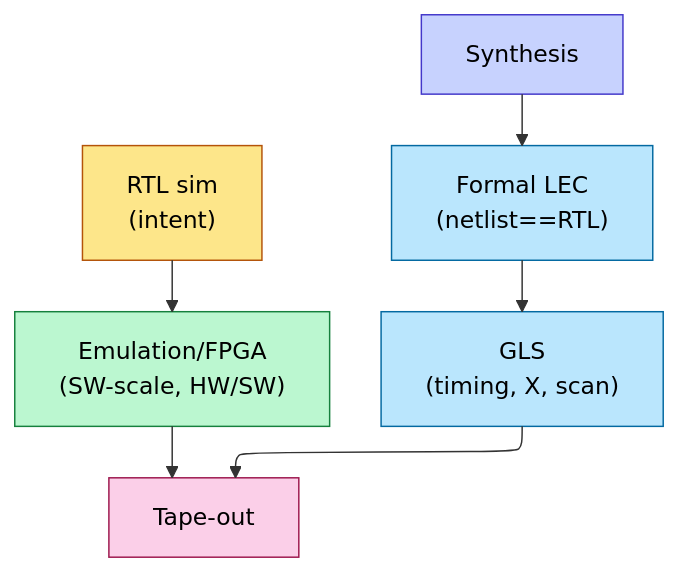
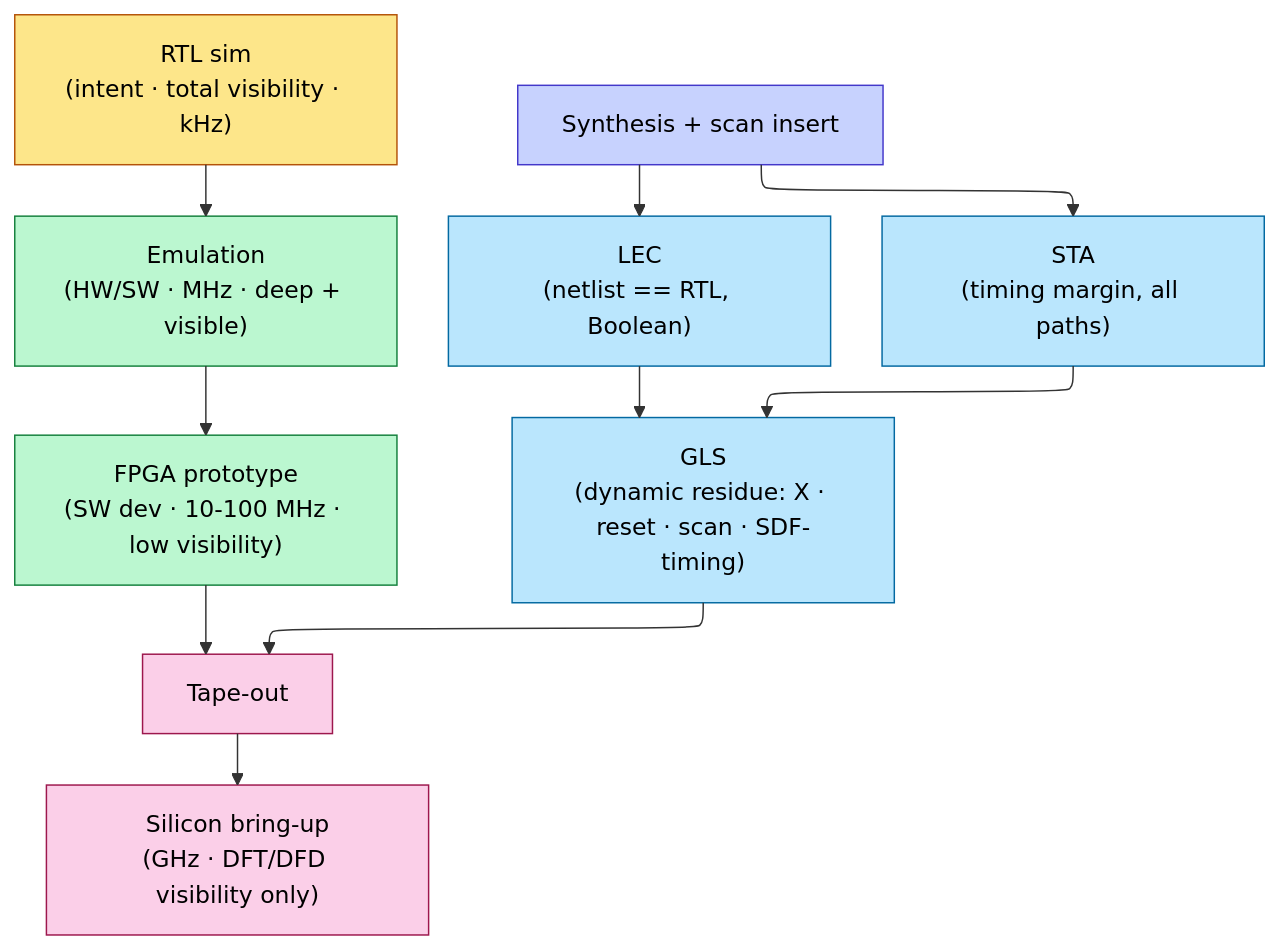
The diagram in 03_Frontend_RTL_and_Verification/13_Gate_Level_Sim_and_Emulation.md (Wty2003328/silicon-design-notebook), drawn with Mermaid before and after one commit. The commit also changed other lines of this file and 22 other files, not shown here.

Commit message:
Concept-first hard rework complete: all 48 architecture/design pages (trimmed signal dumps; added trade-off analysis + theoretical depth)

````diff
--- a/03_Frontend_RTL_and_Verification/13_Gate_Level_Sim_and_Emulation.md
+++ b/03_Frontend_RTL_and_Verification/13_Gate_Level_Sim_and_Emulation.md
@@ -60,14 +193,18 @@
 ```mermaid
 %%{init: {"flowchart": {"defaultRenderer": "elk", "nodeSpacing": 60, "rankSpacing": 60, "htmlLabels": false}}}%%
 flowchart TD
-    RTLs["RTL sim<br/>(intent)"]:::a --> EMU["Emulation/FPGA<br/>(SW-scale, HW/SW)"]:::b
-    SYN["Synthesis"]:::d --> LEC["Formal LEC<br/>(netlist==RTL)"]:::c
-    LEC --> GLS["GLS<br/>(timing, X, scan)"]:::c
-    EMU --> TO["Tape-out"]:::e
+    RTLs["RTL sim<br/>(intent · total visibility · kHz)"]:::a --> EMU["Emulation<br/>(HW/SW · MHz · deep + visible)"]:::b
+    EMU --> FPGA["FPGA prototype<br/>(SW dev · 10-100 MHz · low visibility)"]:::b
+    SYN["Synthesis + scan insert"]:::d --> LEC["LEC<br/>(netlist == RTL, Boolean)"]:::c
+    SYN --> STA["STA<br/>(timing margin, all paths)"]:::c
+    LEC --> GLS["GLS<br/>(dynamic residue: X · reset · scan · SDF-timing)"]:::c
+    STA --> GLS
+    FPGA --> TO["Tape-out"]:::e
     GLS --> TO
+    TO --> SI["Silicon bring-up<br/>(GHz · DFT/DFD visibility only)"]:::e
     classDef a fill:#fde68a,stroke:#b45309,color:#000
     classDef b fill:#bbf7d0,stroke:#15803d,color:#000
     classDef c fill:#bae6fd,stroke:#0369a1,color:#000
     classDef d fill:#c7d2fe,stroke:#4338ca,color:#000
     classDef e fill:#fbcfe8,stroke:#9d174d,color:#000
 ```
````
